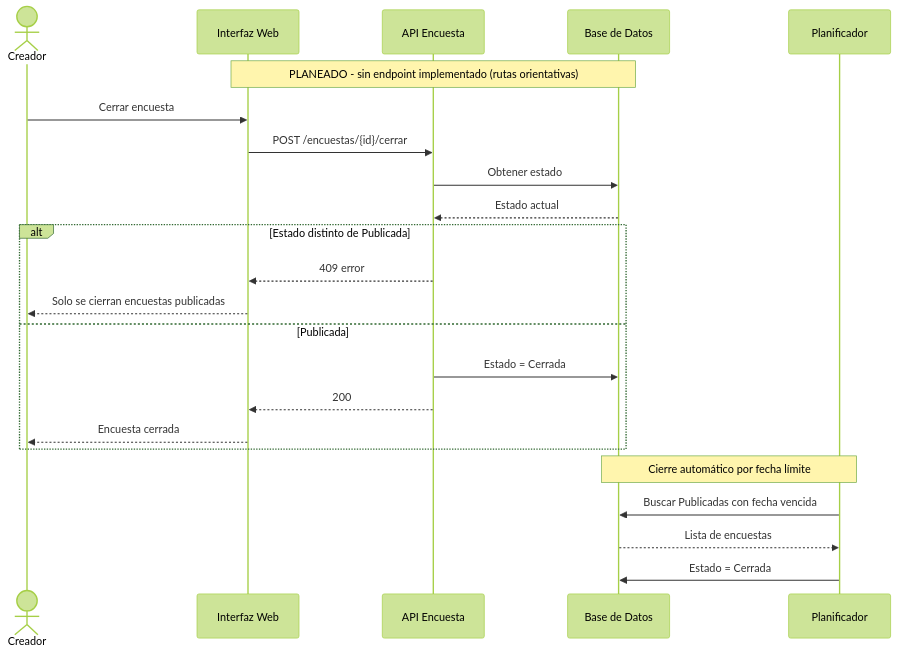
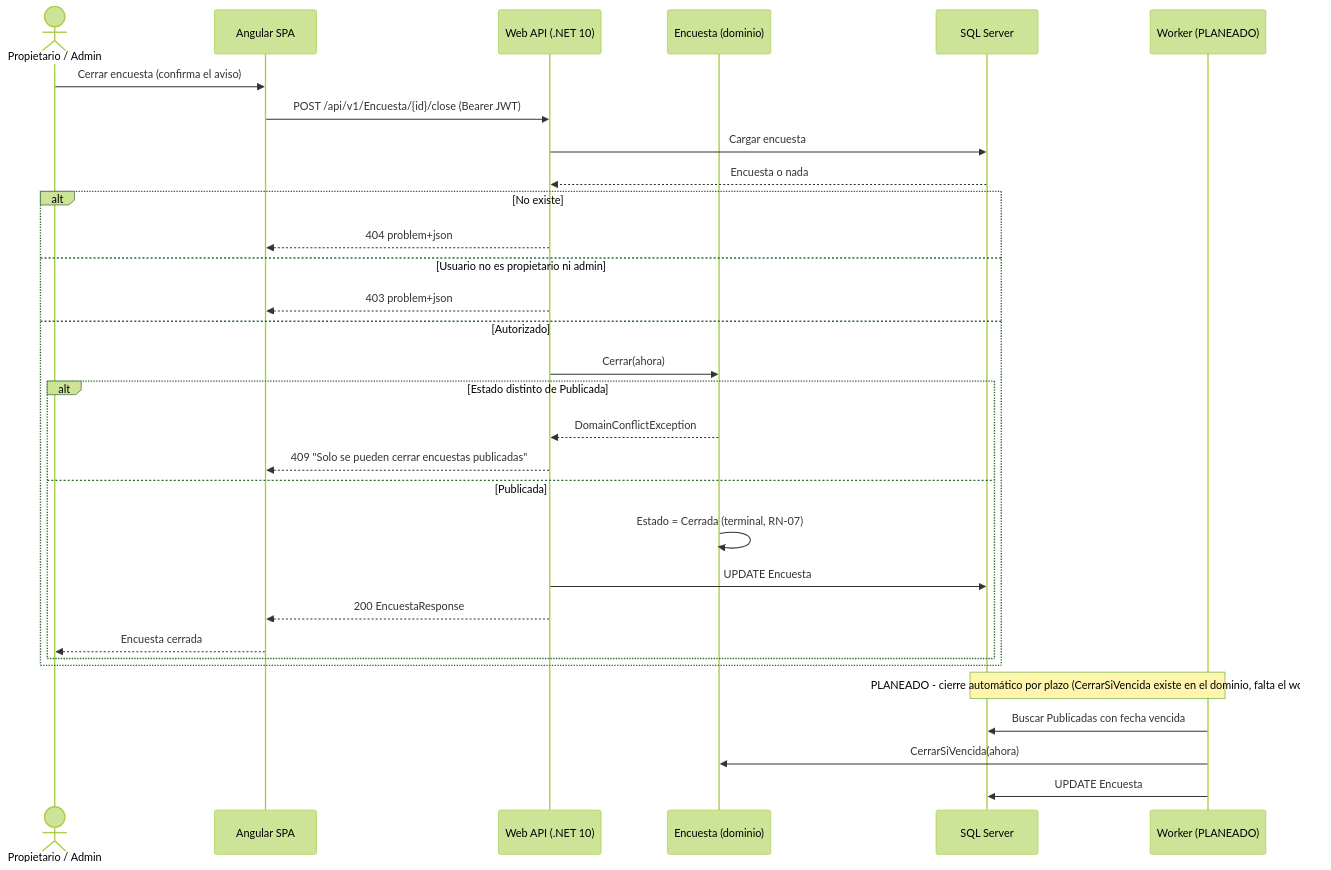
Before and after one commit to jhofran/Encuesta-Project-02: the diagram in docs/specs/functional/diagrams/04-cerrar-encuesta.mmd, drawn with Mermaid (forest theme). The commit also changed 46 other files, not shown here.

```diff
--- a/docs/specs/functional/diagrams/04-cerrar-encuesta.mmd
+++ b/docs/specs/functional/diagrams/04-cerrar-encuesta.mmd
@@ -1,23 +1,31 @@
 sequenceDiagram
-    actor C as Creador
-    participant UI as Interfaz Web
-    participant API as API Encuesta
-    participant DB as Base de Datos
-    participant S as Planificador
-    Note over UI,DB: PLANEADO - sin endpoint implementado (rutas orientativas)
-    C->>UI: Cerrar encuesta
-    UI->>API: POST /encuestas/{id}/cerrar
-    API->>DB: Obtener estado
-    DB-->>API: Estado actual
-    alt Estado distinto de Publicada
-        API-->>UI: 409 error
-        UI-->>C: Solo se cierran encuestas publicadas
-    else Publicada
-        API->>DB: Estado = Cerrada
-        API-->>UI: 200
-        UI-->>C: Encuesta cerrada
+    actor C as Propietario / Admin
+    participant UI as Angular SPA
+    participant API as Web API (.NET 10)
+    participant D as Encuesta (dominio)
+    participant DB as SQL Server
+    participant S as Worker (PLANEADO)
+    C->>UI: Cerrar encuesta (confirma el aviso)
+    UI->>API: POST /api/v1/Encuesta/{id}/close (Bearer JWT)
+    API->>DB: Cargar encuesta
+    DB-->>API: Encuesta o nada
+    alt No existe
+        API-->>UI: 404 problem+json
+    else Usuario no es propietario ni admin
+        API-->>UI: 403 problem+json
+    else Autorizado
+        API->>D: Cerrar(ahora)
+        alt Estado distinto de Publicada
+            D-->>API: DomainConflictException
+            API-->>UI: 409 "Solo se pueden cerrar encuestas publicadas"
+        else Publicada
+            D->>D: Estado = Cerrada (terminal, RN-07)
+            API->>DB: UPDATE Encuesta
+            API-->>UI: 200 EncuestaResponse
+            UI-->>C: Encuesta cerrada
+        end
     end
-    Note over S,DB: Cierre automático por fecha límite
+    Note over S,DB: PLANEADO - cierre automático por plazo (CerrarSiVencida existe en el dominio, falta el worker)
     S->>DB: Buscar Publicadas con fecha vencida
-    DB-->>S: Lista de encuestas
-    S->>DB: Estado = Cerrada
+    S->>D: CerrarSiVencida(ahora)
+    S->>DB: UPDATE Encuesta
```
